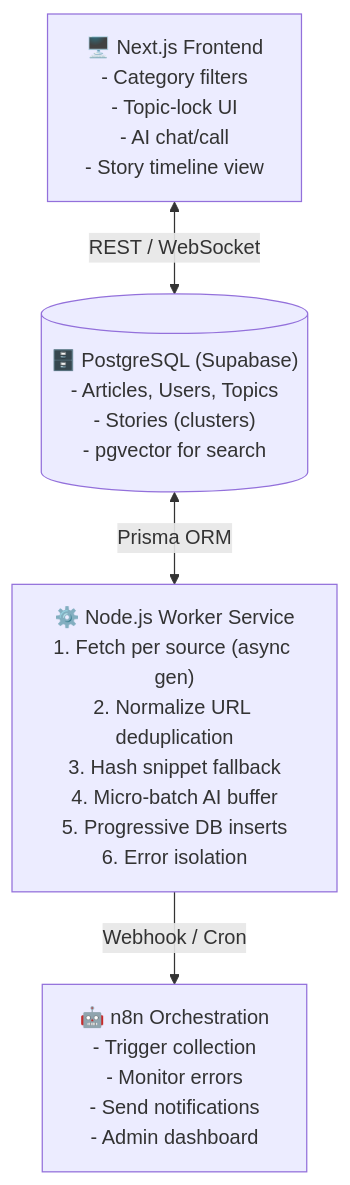
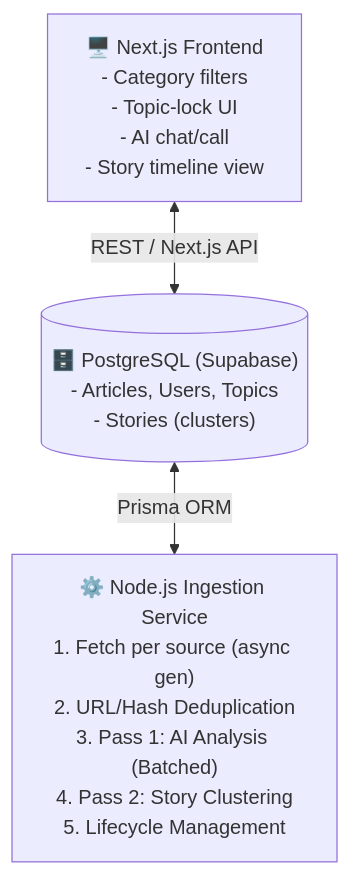
Before and after one commit to MainuddinMehedi/global-news-aggregator: the diagram in README.md, drawn with Mermaid. The commit also changed other lines of this file, not shown here.

Commit message:
docs: update README documentation to reflect architecture changes, technical stack updates, and project progress

````diff
--- a/README.md
+++ b/README.md
@@ -32,11 +29,9 @@
 ```mermaid
 flowchart TD
     UI["🖥️ Next.js Frontend\n- Category filters\n- Topic-lock UI\n- AI chat/call\n- Story timeline view"]
-    DB[("🗄️ PostgreSQL (Supabase)\n- Articles, Users, Topics\n- Stories (clusters)\n- pgvector for search")]
-    Worker["⚙️ Node.js Worker Service\n1. Fetch per source (async gen)\n2. Normalize URL deduplication\n3. Hash snippet fallback\n4. Micro-batch AI buffer\n5. Progressive DB inserts\n6. Error isolation"]
-    N8N["🤖 n8n Orchestration\n- Trigger collection\n- Monitor errors\n- Send notifications\n- Admin dashboard"]
+    DB[("🗄️ PostgreSQL (Supabase)\n- Articles, Users, Topics\n- Stories (clusters)")]
+    Worker["⚙️ Node.js Ingestion Service\n1. Fetch per source (async gen)\n2. URL/Hash Deduplication\n3. Pass 1: AI Analysis (Batched)\n4. Pass 2: Story Clustering\n5. Lifecycle Management"]
 
-    UI <-->|"REST / WebSocket"| DB
+    UI <-->|"REST / Next.js API"| DB
     DB <-->|"Prisma ORM"| Worker
-    Worker -->|"Webhook / Cron"| N8N
 ```
````
